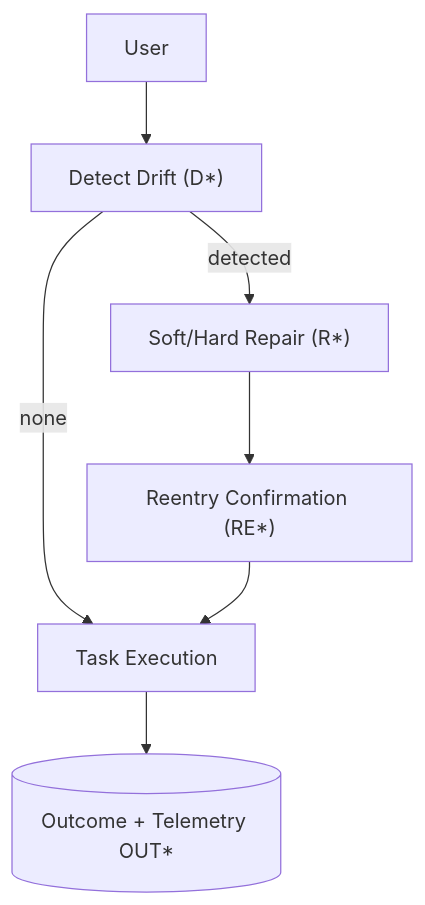
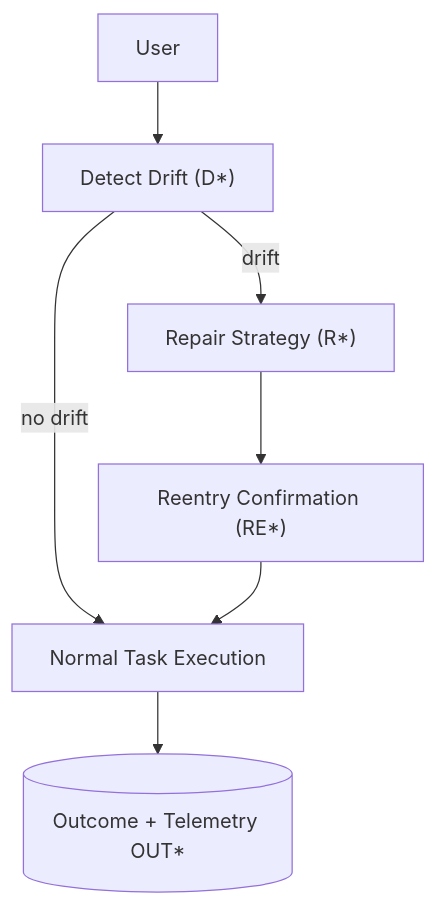
One commit to kiyoshisasano-DeepZenSpace/kiyoshisasano-DeepZenSpace changed the second of 2 diagrams in analytics/case_study_end_to_end.md. Above: the diagram before and after it, drawn with Mermaid. The commit also changed other lines of this file, not shown here.

````diff
--- a/analytics/case_study_end_to_end.md
+++ b/analytics/case_study_end_to_end.md
@@ -115,9 +170,9 @@
 ```mermaid
 flowchart TD
-    User --> Drift["Detect Drift (D*)"]
-    Drift -->|detected| Repair["Soft/Hard Repair (R*)"]
-    Drift -->|none| Task["Task Execution"]
+    User --> Detect["Detect Drift (D*)"]
+    Detect -->|drift| Repair["Repair Strategy (R*)"]
     Repair --> Reentry["Reentry Confirmation (RE*)"]
+    Detect -->|no drift| Task["Normal Task Execution"]
     Reentry --> Task
     Task --> Outcome[(Outcome + Telemetry OUT*)]
 ```
````
